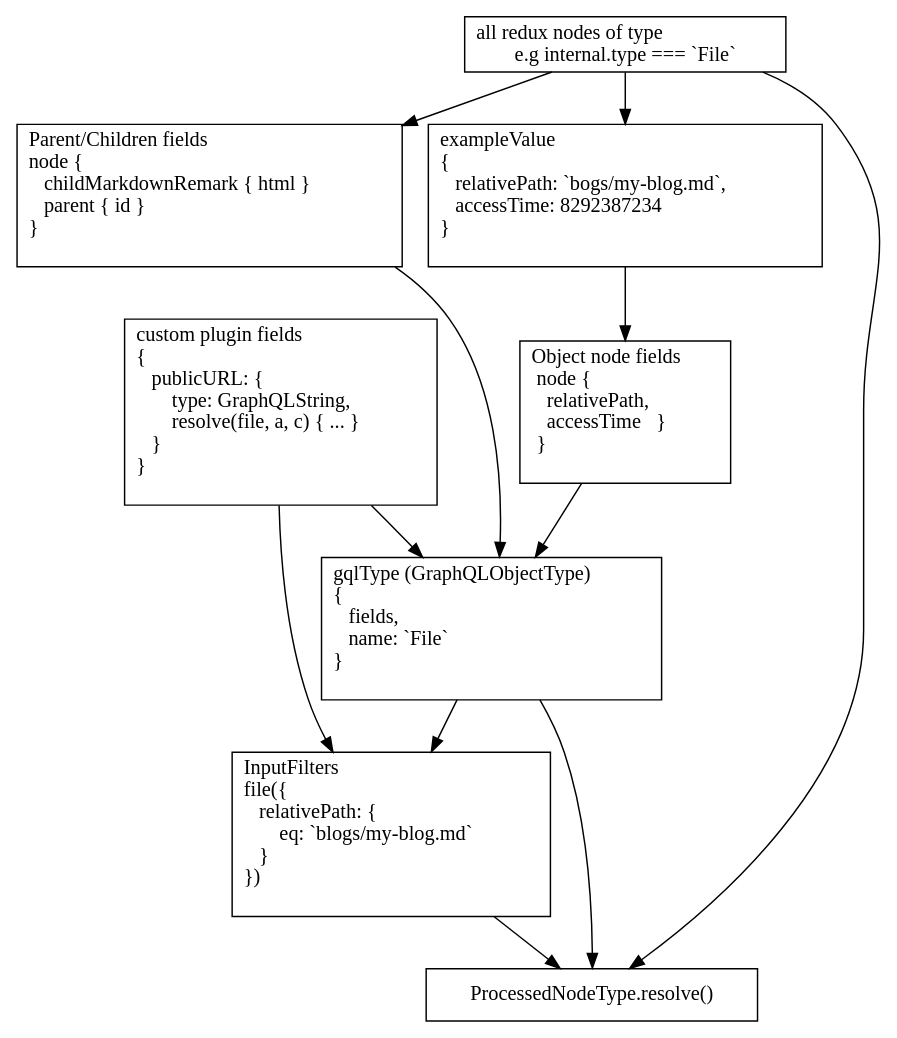
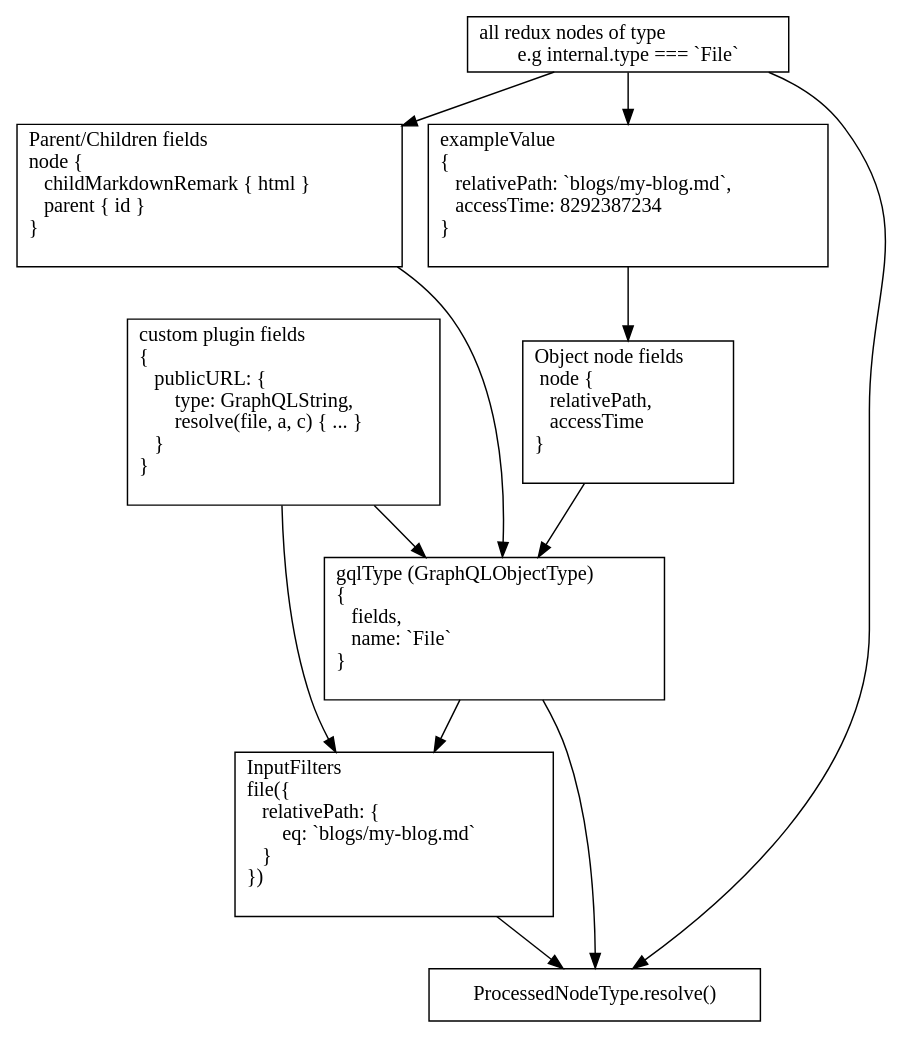
The diagram in docs/docs/schema-generation-behind-the-scenes.md (gatsbyjs/gatsby), drawn with Graphviz before and after one commit. The commit also changed other lines of this file and 3 other files, not shown here.

````diff
--- a/docs/docs/schema-generation-behind-the-scenes.md
+++ b/docs/docs/schema-generation-behind-the-scenes.md
@@ -15,24 +15,24 @@
 ```dot
 digraph graphname {
   "pluginFields" [ label = "custom plugin fields\l{\l    publicURL: {\l        type: GraphQLString,\l        resolve(file, a, c) { ... }\l    }\l}\l ", shape = box ];
   "typeNodes" [ label = "all redux nodes of type\le.g internal.type === `File`", shape = "box" ];
-  "exampleValue" [ label = "exampleValue\l{\l    relativePath: `bogs/my-blog.md`,\l    accessTime: 8292387234\l}\l ", shape = "box" ];
+  "exampleValue" [ label = "exampleValue\l{\l    relativePath: `blogs/my-blog.md`,\l    accessTime: 8292387234\l}\l ", shape = "box" ];
   "resolve" [ label = "ProcessedNodeType.resolve()", shape = box ];
   "gqlType" [ label = "gqlType (GraphQLObjectType)\l{\l    fields,\l    name: `File`\l}\l ", shape = box ];
   "parentChild" [ label = "Parent/Children fields\lnode {\l    childMarkdownRemark { html }\l    parent { id }\l}\l ", shape = "box" ];
-  "objectFields" [ label = "Object node fields\l  node {\l    relativePath,\l    accessTime   }\l  }\l  ", shape = "box" ];
+  "objectFields" [ label = "Object node fields\l  node {\l    relativePath,\l    accessTime\l}\l ", shape = "box" ];
   "inputFilters" [ label = "InputFilters\lfile({\l    relativePath: {\l        eq: `blogs/my-blog.md`\l    }\l})\l ", shape = box ]
 
   "pluginFields" -> "inputFilters";
   "pluginFields" -> "gqlType";
   "objectFields" -> "gqlType";
   "parentChild" -> "gqlType"
   "gqlType" -> "inputFilters";
   "typeNodes" -> "exampleValue";
   "typeNodes" -> "parentChild";
   "typeNodes" -> "resolve";
   "exampleValue" -> "objectFields";
   "inputFilters" -> "resolve";
   "gqlType" -> "resolve";
 }
 ```
````
